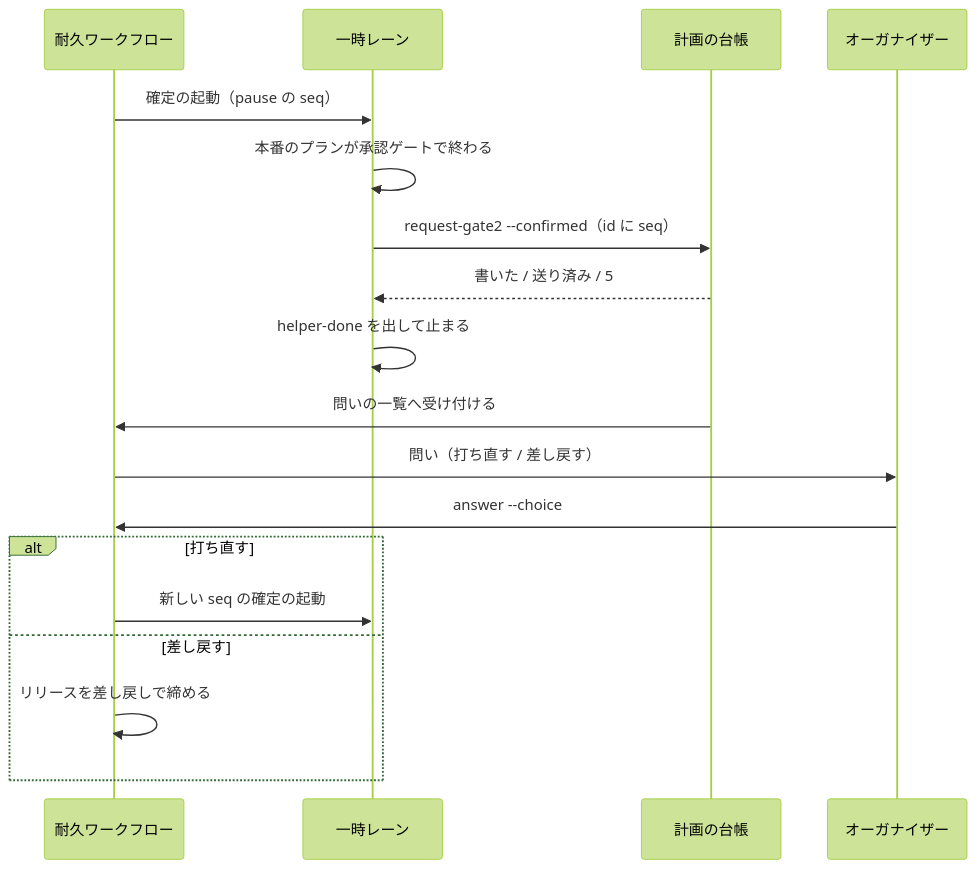
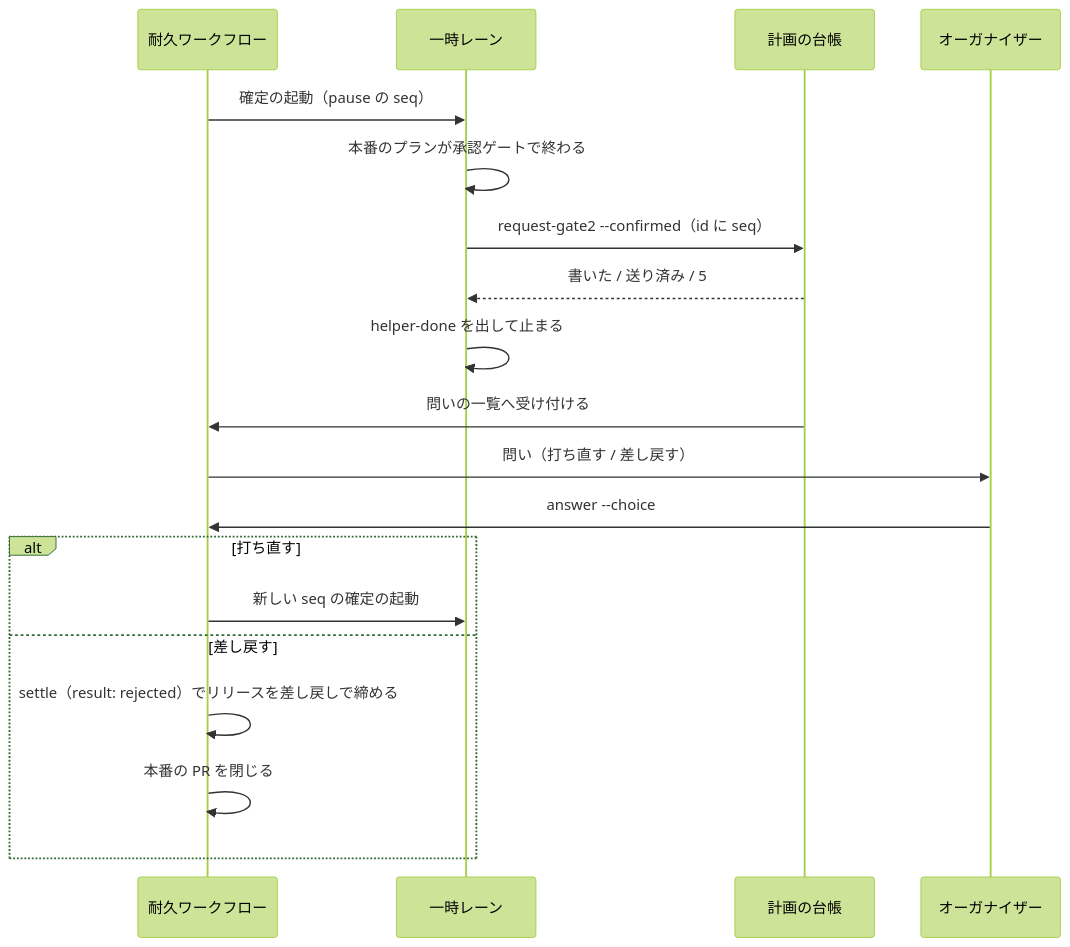
The second of 4 diagrams in issues/issue-3597-design.md (devbasex/ai-plugins), drawn with Mermaid (forest theme) before and after one commit. The commit also changed other lines of this file and 1 other file, not shown here.

````diff
--- a/issues/issue-3597-design.md
+++ b/issues/issue-3597-design.md
@@ -244,20 +264,21 @@
 ```mermaid
 sequenceDiagram
     participant R as 耐久ワークフロー
     participant H as 一時レーン
     participant L as 計画の台帳
     participant O as オーガナイザー
     R->>H: 確定の起動（pause の seq）
     H->>H: 本番のプランが承認ゲートで終わる
     H->>L: request-gate2 --confirmed（id に seq）
     L-->>H: 書いた / 送り済み / 5
     H->>H: helper-done を出して止まる
     L->>R: 問いの一覧へ受け付ける
     R->>O: 問い（打ち直す / 差し戻す）
     O->>R: answer --choice
     alt 打ち直す
         R->>H: 新しい seq の確定の起動
     else 差し戻す
-        R->>R: リリースを差し戻しで締める
+        R->>R: settle（result: rejected）でリリースを差し戻しで締める
+        R->>R: 本番の PR を閉じる
     end
 ```
````
